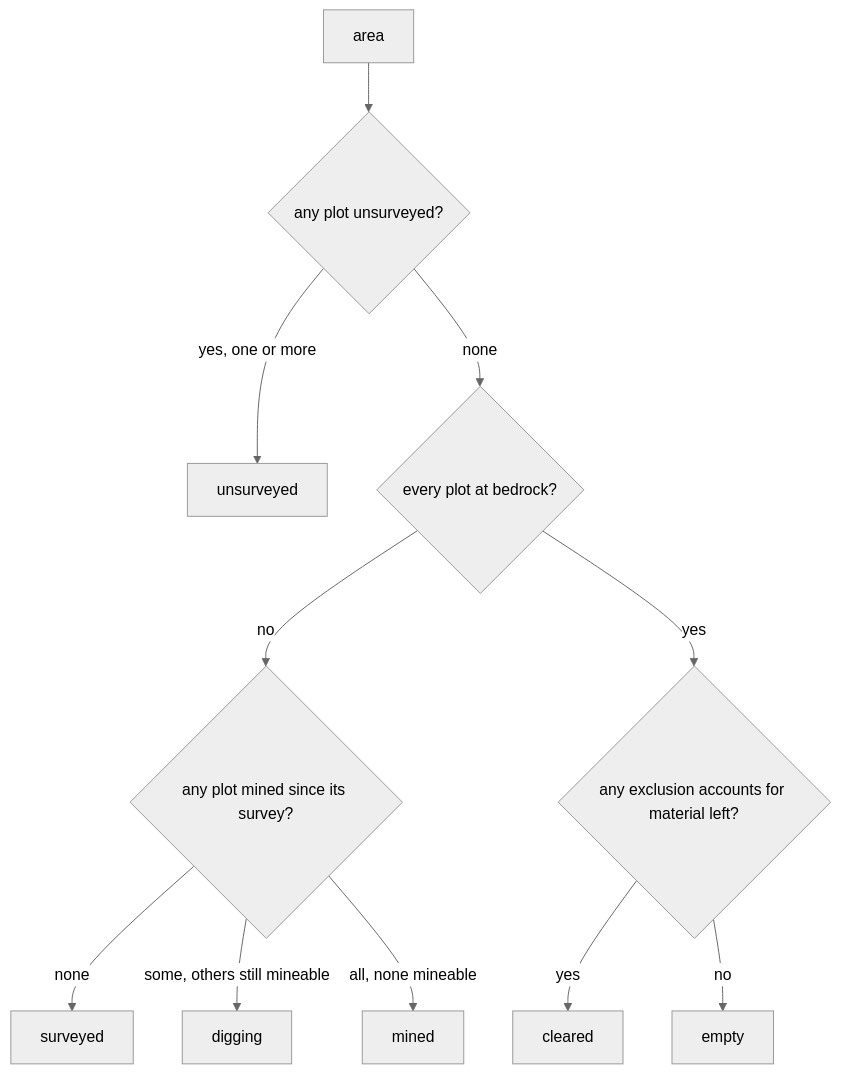
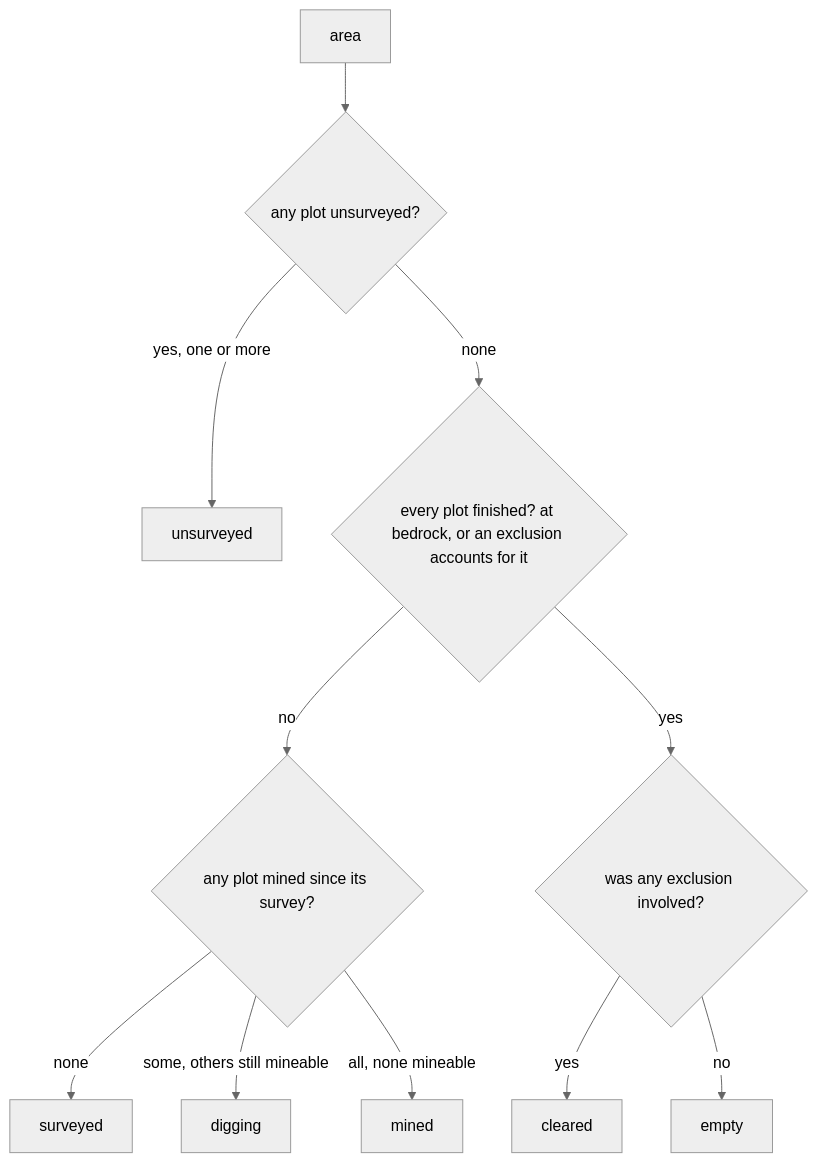
The third of 5 diagrams in docs/plans/2026-08-21-001-feat-shared-area-status-plan.md (iuriguilherme/Eco-Mod-Advanced-Electronics), drawn with Mermaid (neutral theme) before and after one commit. The commit also changed other lines of this file and 2 other files, not shown here.

````diff
--- a/docs/plans/2026-08-21-001-feat-shared-area-status-plan.md
+++ b/docs/plans/2026-08-21-001-feat-shared-area-status-plan.md
@@ -349,13 +349,13 @@
 ```mermaid
 flowchart TB
     A["area"] --> B{"any plot unsurveyed?"}
     B -->|yes, one or more| U["unsurveyed"]
-    B -->|none| C{"every plot at bedrock?"}
+    B -->|none| C{"every plot finished? at bedrock, or an exclusion accounts for it"}
     C -->|no| D{"any plot mined since its survey?"}
-    C -->|yes| E{"any exclusion accounts for material left?"}
+    C -->|yes| E{"was any exclusion involved?"}
     E -->|yes| CLR["cleared"]
     E -->|no| EMP["empty"]
     D -->|none| SUR["surveyed"]
     D -->|some, others still mineable| DIG["digging"]
     D -->|all, none mineable| MIN["mined"]
 ```
````
